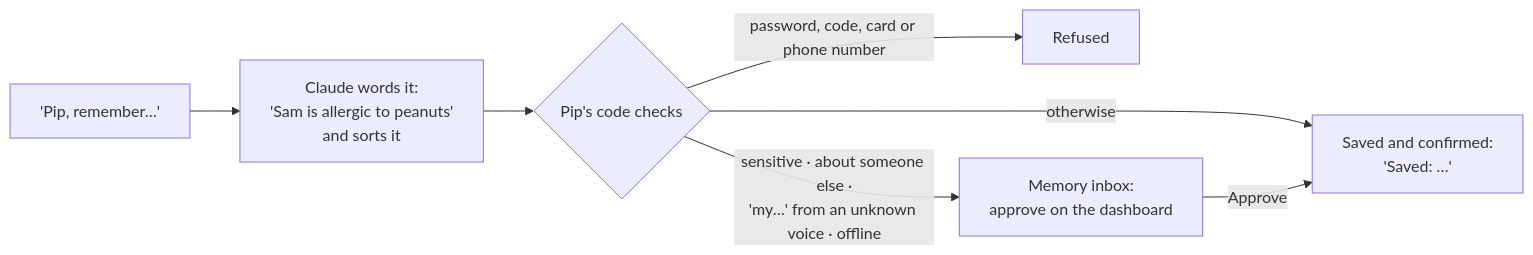
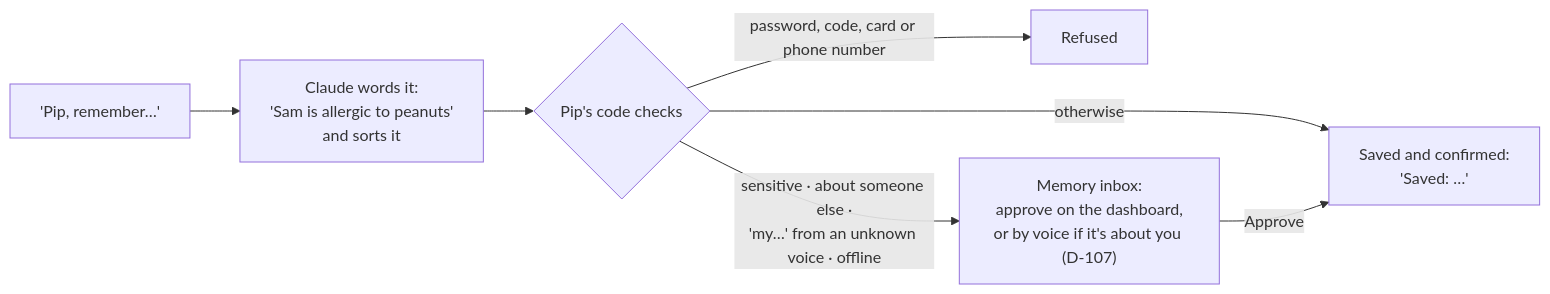
The second of 8 diagrams in docs/PIP-SPEC.md (LandenHeine17/pip), drawn with Mermaid before and after one commit. The commit also changed other lines of this file and 22 other files, not shown here.

First line of the commit message:
After the owner's test: quiet means quiet (D-105), wait for the end of the turn (D-106), approve your own memory by voice (D-107), claps on their own mic (D-91)

````diff
--- a/docs/PIP-SPEC.md
+++ b/docs/PIP-SPEC.md
@@ -92,9 +96,9 @@
 ```mermaid
 flowchart LR
     A["'Pip, remember…'"] --> C["Claude words it:<br/>'Sam is allergic to peanuts'<br/>and sorts it"]
     C --> K{"Pip's code checks"}
     K -- "password, code, card or phone number" --> R["Refused"]
-    K -- "sensitive · about someone else ·<br/>'my…' from an unknown voice · offline" --> I["Memory inbox:<br/>approve on the dashboard"]
+    K -- "sensitive · about someone else ·<br/>'my…' from an unknown voice · offline" --> I["Memory inbox:<br/>approve on the dashboard,<br/>or by voice if it's about you (D-107)"]
     K -- "otherwise" --> S["Saved and confirmed:<br/>'Saved: …'"]
     I -- "Approve" --> S
 ```
````
